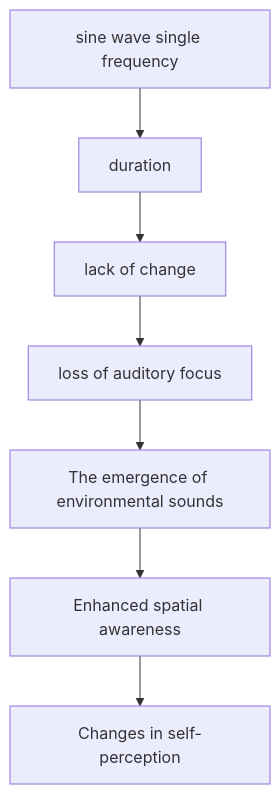
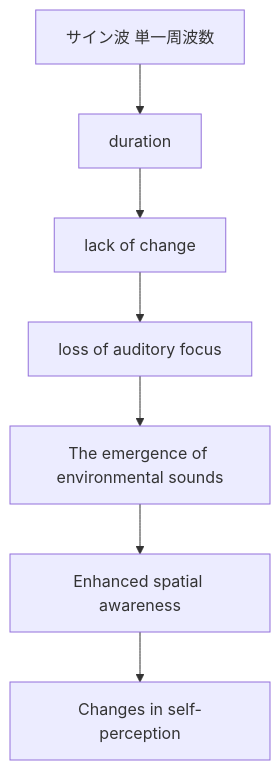
The first of 11 diagrams in en/_posts/2026-04-18-column-sachiko-m.md (monumental-movement/monumental-movement.github.io), drawn with Mermaid before and after one commit. The commit also changed other lines of this file and 2196 other files, not shown here.

```diff
--- a/en/_posts/2026-04-18-column-sachiko-m.md
+++ b/en/_posts/2026-04-18-column-sachiko-m.md
@@ -216,9 +215,9 @@
 <div class="mermaid">
 flowchart TD
-    A[sine wave single frequency] --> B[duration]
+    A[サイン波 単一周波数] --> B[duration]
     B --> C[lack of change]
     C --> D[loss of auditory focus]
     D --> E[The emergence of environmental sounds]
     E --> F[Enhanced spatial awareness]
     F --> G[Changes in self-perception]
 </div>
```
